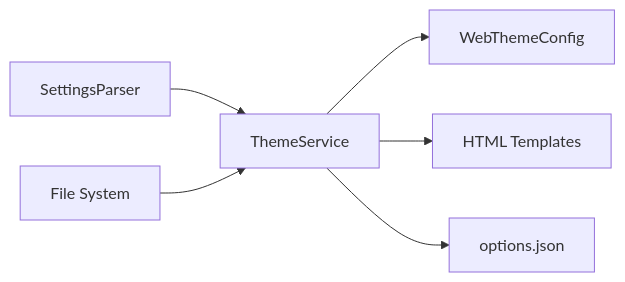
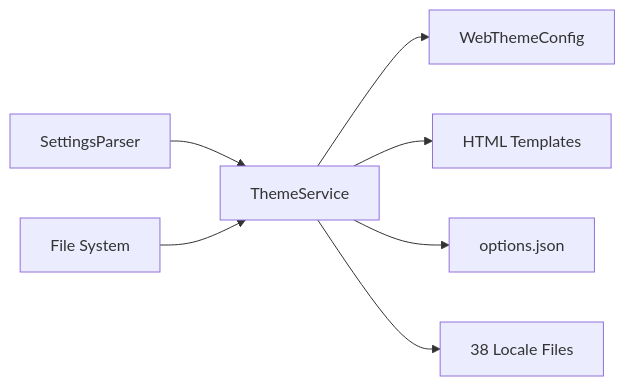
The eighth of 8 diagrams in .qoder/repowiki/en/content/Visual Customization/Theme Management.md (marcoriesco/RIESCADE_SYSTEM), drawn with Mermaid before and after one commit. The commit also changed other lines of this file and 10 other files, not shown here.

````diff
--- a/.qoder/repowiki/en/content/Visual Customization/Theme Management.md
+++ b/.qoder/repowiki/en/content/Visual Customization/Theme Management.md
@@ -248,8 +360,9 @@
 ```mermaid
 graph LR
 Settings["SettingsParser"] --> Service["ThemeService"]
 FS["File System"] --> Service
 Service --> Config["WebThemeConfig"]
 Service --> Templates["HTML Templates"]
 Service --> Options["options.json"]
+Service --> Locales["38 Locale Files"]
 ```
````
